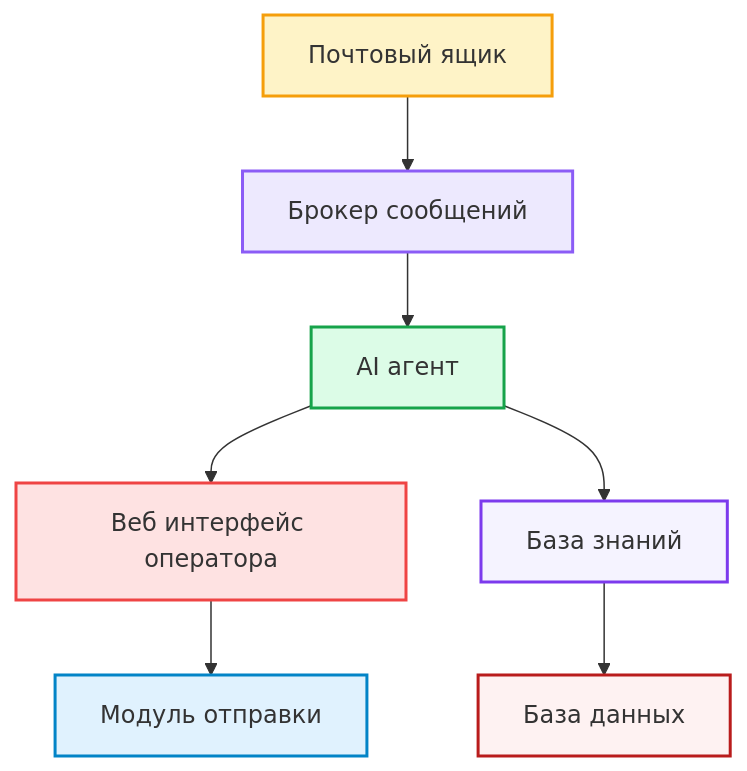
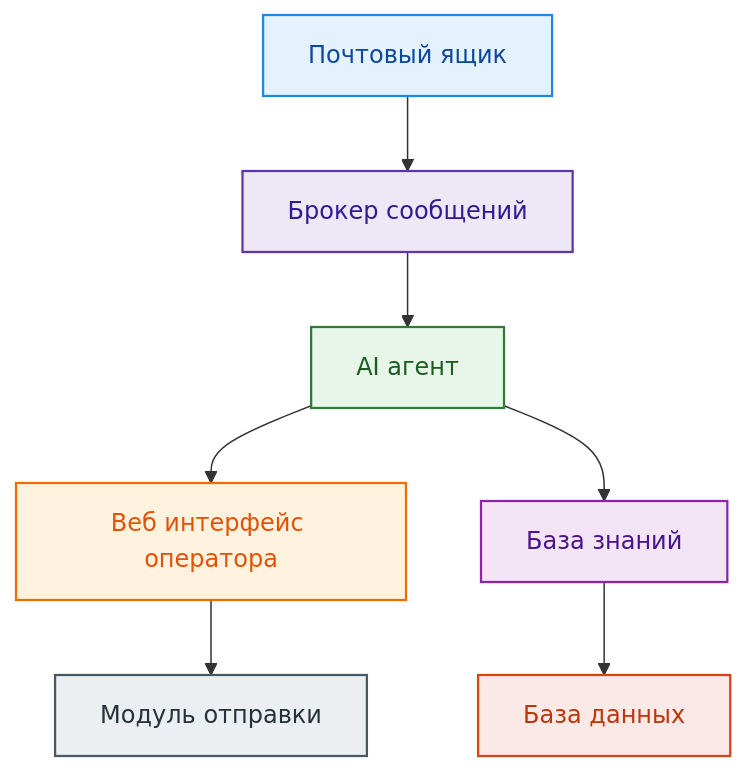
One commit to maksosTeam/enigma_hack_2026 changed the diagram in README.md. Above: the diagram before and after it, drawn with Mermaid.

````diff
--- a/README.md
+++ b/README.md
@@ -69,18 +69,18 @@
 ```mermaid
 flowchart TD
     A[Почтовый ящик] --> C[Брокер сообщений]
     C --> D[AI агент]
     D --> E[Веб интерфейс оператора]
     E --> F[Модуль отправки]
 
     D --> G[База знаний]
     G --> H[База данных]
 
-    style A fill:#fef3c7,stroke:#f59e0b,stroke-width:2px
-    style C fill:#ede9fe,stroke:#8b5cf6,stroke-width:2px
-    style D fill:#dcfce7,stroke:#16a34a,stroke-width:2px
-    style E fill:#fee2e2,stroke:#ef4444,stroke-width:2px
-    style F fill:#e0f2fe,stroke:#0284c7,stroke-width:2px
-    style G fill:#f5f3ff,stroke:#7c3aed,stroke-width:2px
-    style H fill:#fef2f2,stroke:#b91c1c,stroke-width:2px
+    style A fill:#E3F2FD,stroke:#1E88E5,stroke-width:1.5px,color:#0D47A1
+    style C fill:#EDE7F6,stroke:#5E35B1,stroke-width:1.5px,color:#311B92
+    style D fill:#E8F5E9,stroke:#2E7D32,stroke-width:1.5px,color:#1B5E20
+    style E fill:#FFF3E0,stroke:#EF6C00,stroke-width:1.5px,color:#E65100
+    style F fill:#ECEFF1,stroke:#455A64,stroke-width:1.5px,color:#263238
+    style G fill:#F3E5F5,stroke:#8E24AA,stroke-width:1.5px,color:#4A148C
+    style H fill:#FBE9E7,stroke:#D84315,stroke-width:1.5px,color:#BF360C
 ```
````
